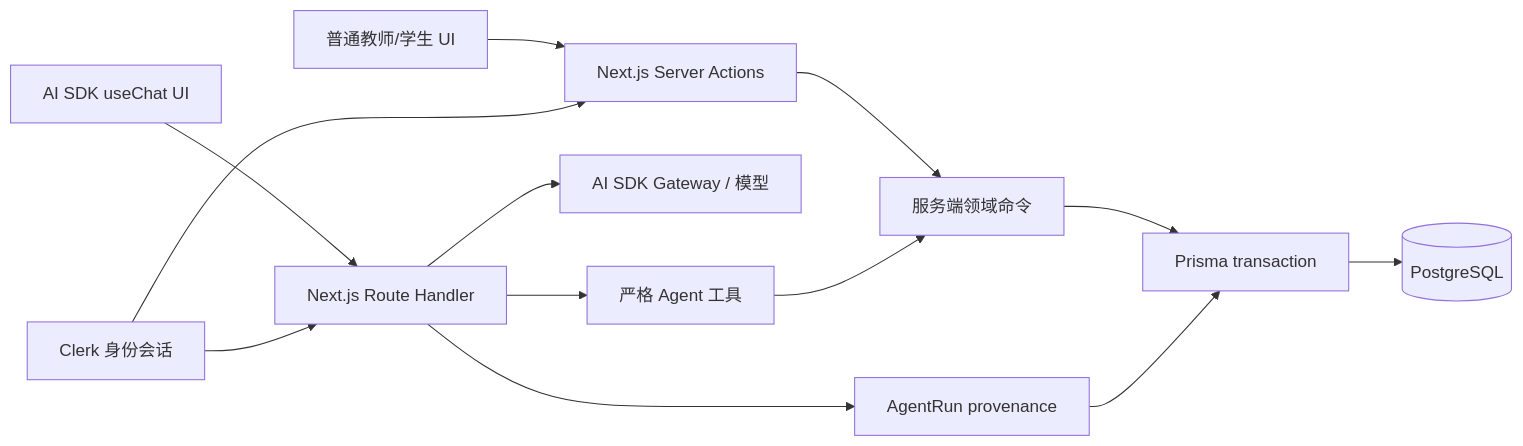
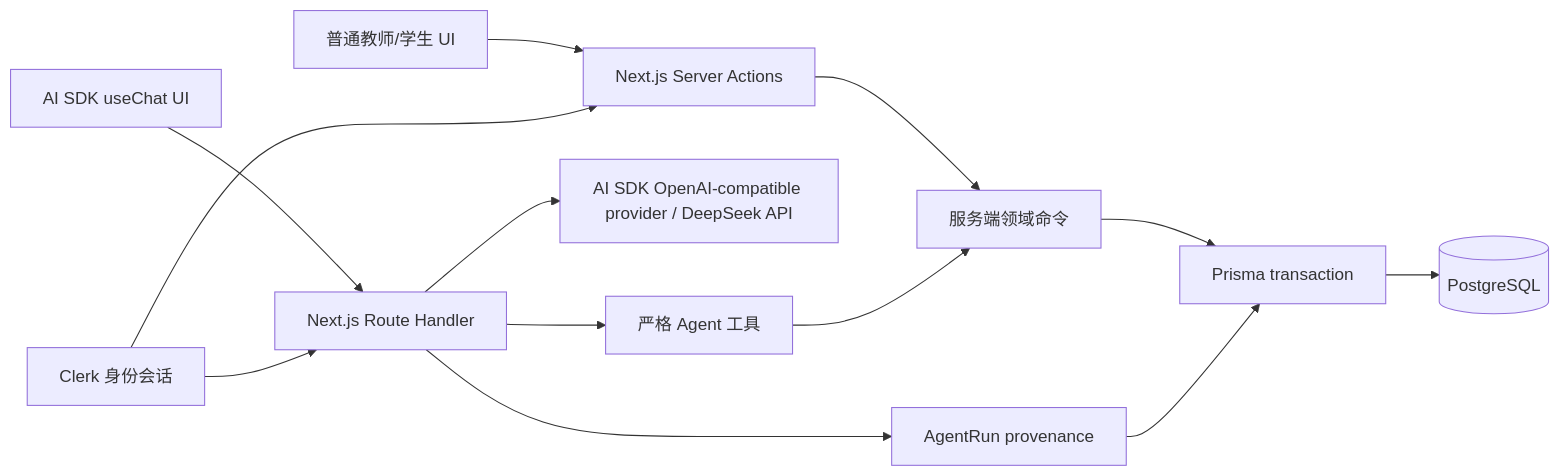
Before and after one commit to linics/cdas-next: the diagram in ARCHITECTURE.md, drawn with Mermaid. The commit also changed other lines of this file and 33 other files, not shown here.

Commit message:
Connect activity assistant directly to DeepSeek

````diff
--- a/ARCHITECTURE.md
+++ b/ARCHITECTURE.md
@@ -8,15 +8,15 @@
 ```mermaid
 flowchart LR
   UI[普通教师/学生 UI] --> Entry[Next.js Server Actions]
   Agent[AI SDK useChat UI] --> AgentRoute[Next.js Route Handler]
   Clerk[Clerk 身份会话] --> Entry
   Clerk --> AgentRoute
   Entry --> Commands[服务端领域命令]
-  AgentRoute --> AI[AI SDK Gateway / 模型]
+  AgentRoute --> AI[AI SDK OpenAI-compatible provider / DeepSeek API]
   AgentRoute --> Tools[严格 Agent 工具]
   Tools --> Commands
   AgentRoute --> Run[AgentRun provenance]
   Commands --> Prisma[Prisma transaction]
   Run --> Prisma
   Prisma --> PG[(PostgreSQL)]
 ```
````
